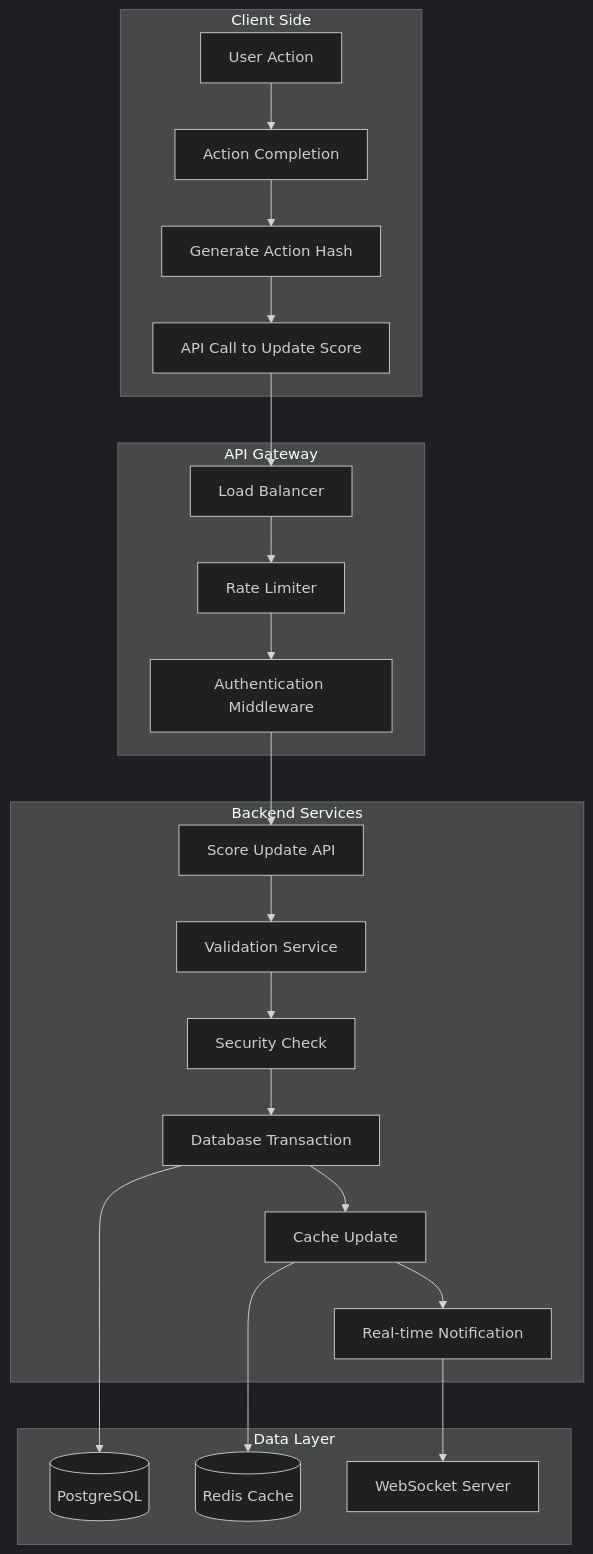
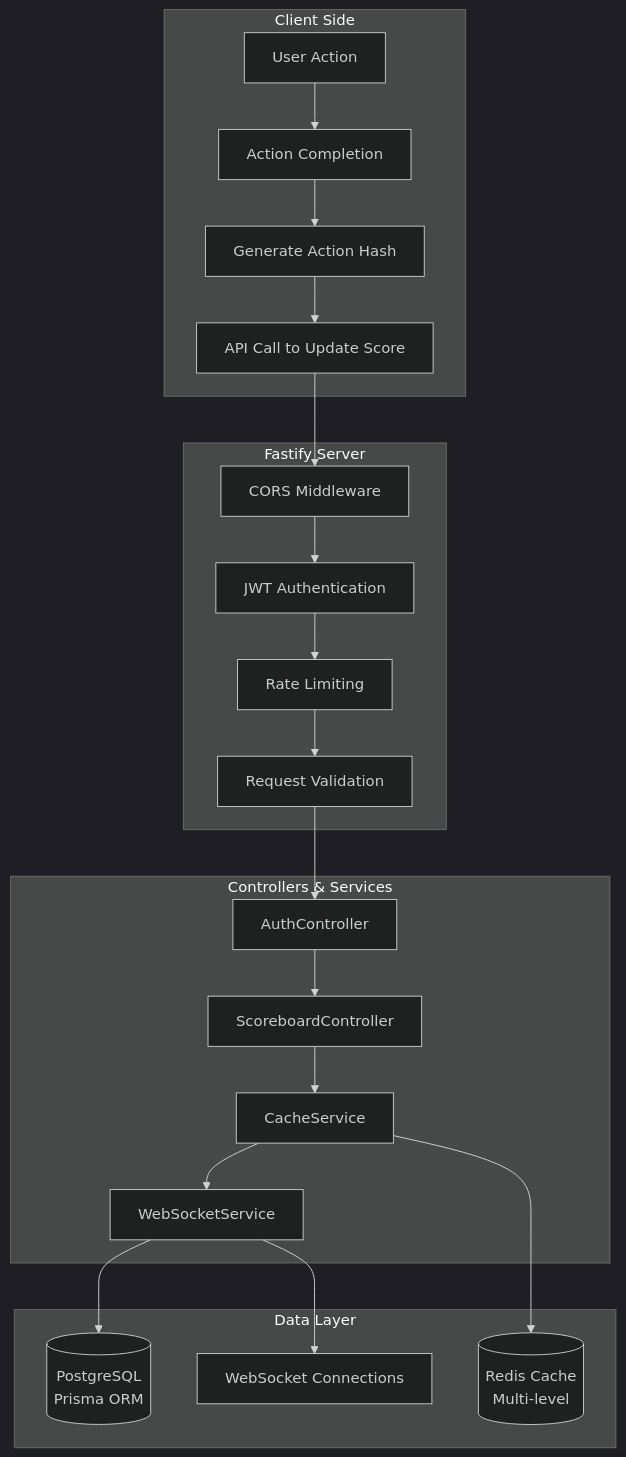
Before and after one commit to hashcott/code-challenge: the first of 22 diagrams in src/problem6/docs/FLOW_DIAGRAM.md, drawn with Mermaid (dark theme). The commit also changed other lines of this file, not shown here.

Commit message:
docs: flow diagram

````diff
--- a/src/problem6/docs/FLOW_DIAGRAM.md
+++ b/src/problem6/docs/FLOW_DIAGRAM.md
@@ -5,33 +5,32 @@
 ```mermaid
 graph TB
     subgraph "Client Side"
         A[User Action] --> B[Action Completion]
         B --> C[Generate Action Hash]
         C --> D[API Call to Update Score]
     end
     
-    subgraph "API Gateway"
-        E[Load Balancer] --> F[Rate Limiter]
-        F --> G[Authentication Middleware]
+    subgraph "Fastify Server"
+        E[CORS Middleware] --> F[JWT Authentication]
+        F --> G[Rate Limiting]
+        G --> H[Request Validation]
     end
     
-    subgraph "Backend Services"
-        H[Score Update API] --> I[Validation Service]
-        I --> J[Security Check]
-        J --> K[Database Transaction]
-        K --> L[Cache Update]
-        L --> M[Real-time Notification]
+    subgraph "Controllers & Services"
+        I[AuthController] --> J[ScoreboardController]
+        J --> K[CacheService]
+        K --> L[WebSocketService]
     end
     
     subgraph "Data Layer"
-        N[(PostgreSQL)]
-        O[(Redis Cache)]
-        P[WebSocket Server]
+        M[(PostgreSQL<br/>Prisma ORM)]
+        N[(Redis Cache<br/>Multi-level)]
+        O[WebSocket Connections]
     end
     
     D --> E
-    G --> H
+    H --> I
+    L --> M
     K --> N
     L --> O
-    M --> P
 ```
````
